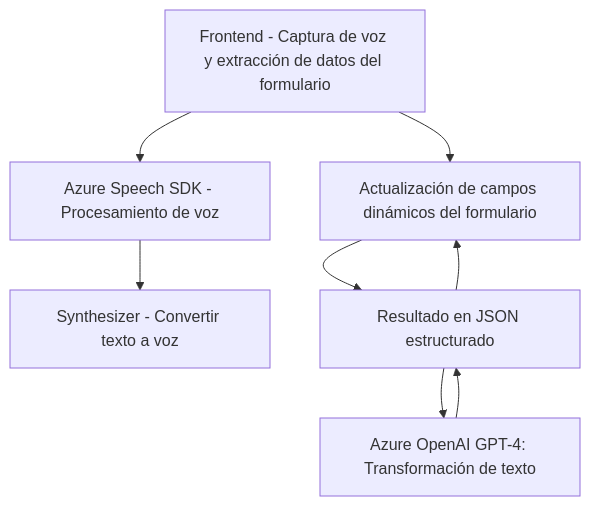
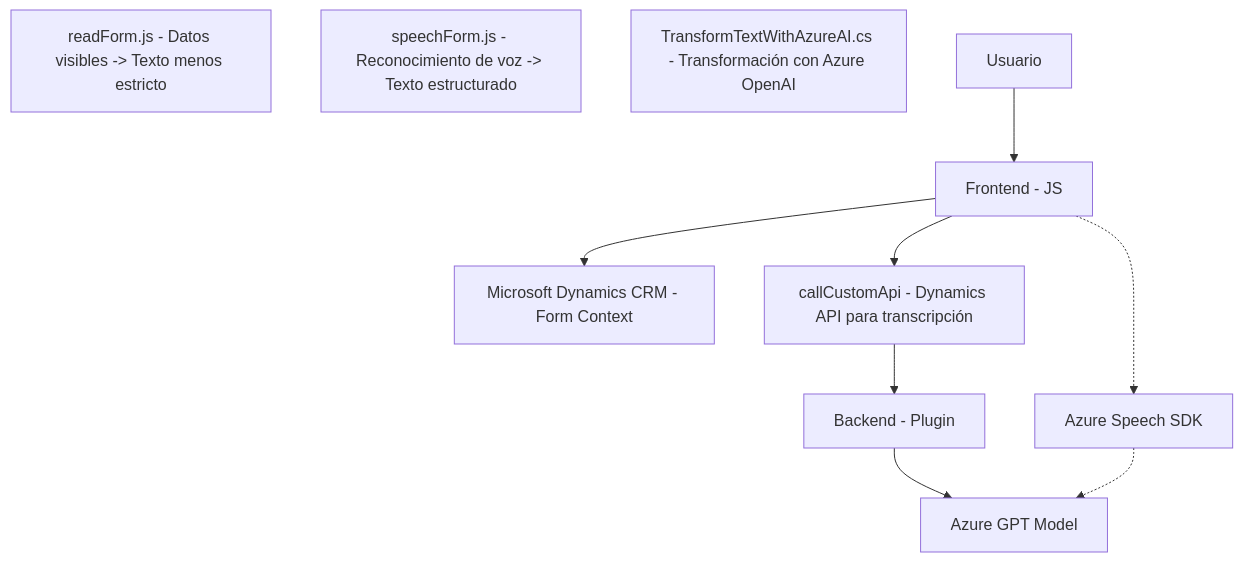
The diagram in README.md (blopezdm/NETCORE_BILBAO2025), drawn with Mermaid before and after one commit. The commit also changed other lines of this file, not shown here.

Commit message:
Actualizar análisis global de la solución con IA

````diff
--- a/README.md
+++ b/README.md
@@ -39,11 +60,24 @@
 ```mermaid
 graph TD
-  A["Frontend - Captura de voz y extracción de datos del formulario"]
-  A --> B["Azure Speech SDK - Procesamiento de voz"]
-  A --> C["Formulario dinámico de Dynamics 365"]
-  B --> D["Synthesizer - Convertir texto a voz"]
-  C --> E["Plugins Dynamics 365"]
-  E --> F["Azure OpenAI GPT-4: Transformación de texto"]
-  F --> E["Resultado en JSON estructurado"]
-  E --> C["Actualización de campos dinámicos del formulario"]
+    A["Frontend - JS"]
+    A1["readForm.js - Datos visibles -> Texto menos estricto"]
+    A2["speechForm.js - Reconocimiento de voz -> Texto estructurado"]
+
+    B["Azure Speech SDK"]
+    C["Microsoft Dynamics CRM - Form Context"]
+
+    D["Backend - Plugin"]
+    D1["TransformTextWithAzureAI.cs - Transformación con Azure OpenAI"]
+    D2["callCustomApi - Dynamics API para transcripción"]
+
+    E["Azure GPT Model"]
+    F["Usuario"]
+
+    F-->A
+    A-.->B
+    A-->C
+    A-->D2
+    D2-->D
+    D-->E
+    B-.->E
 ```
````
